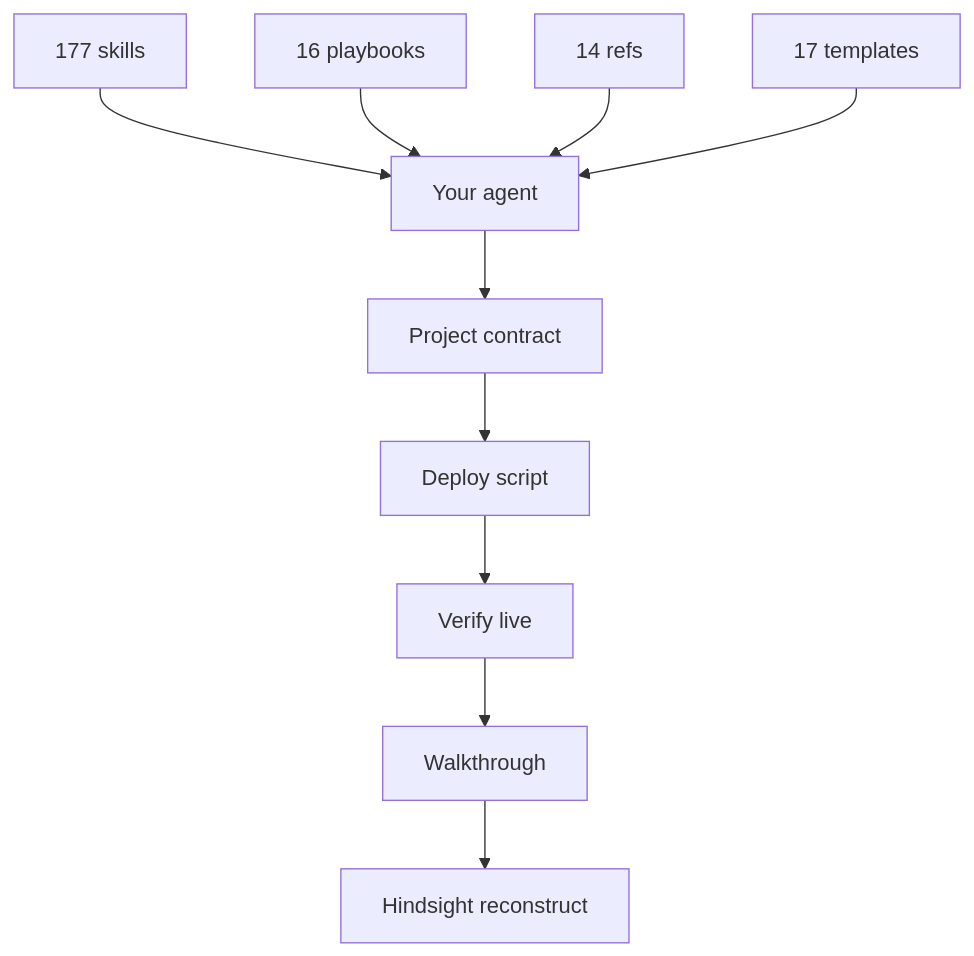
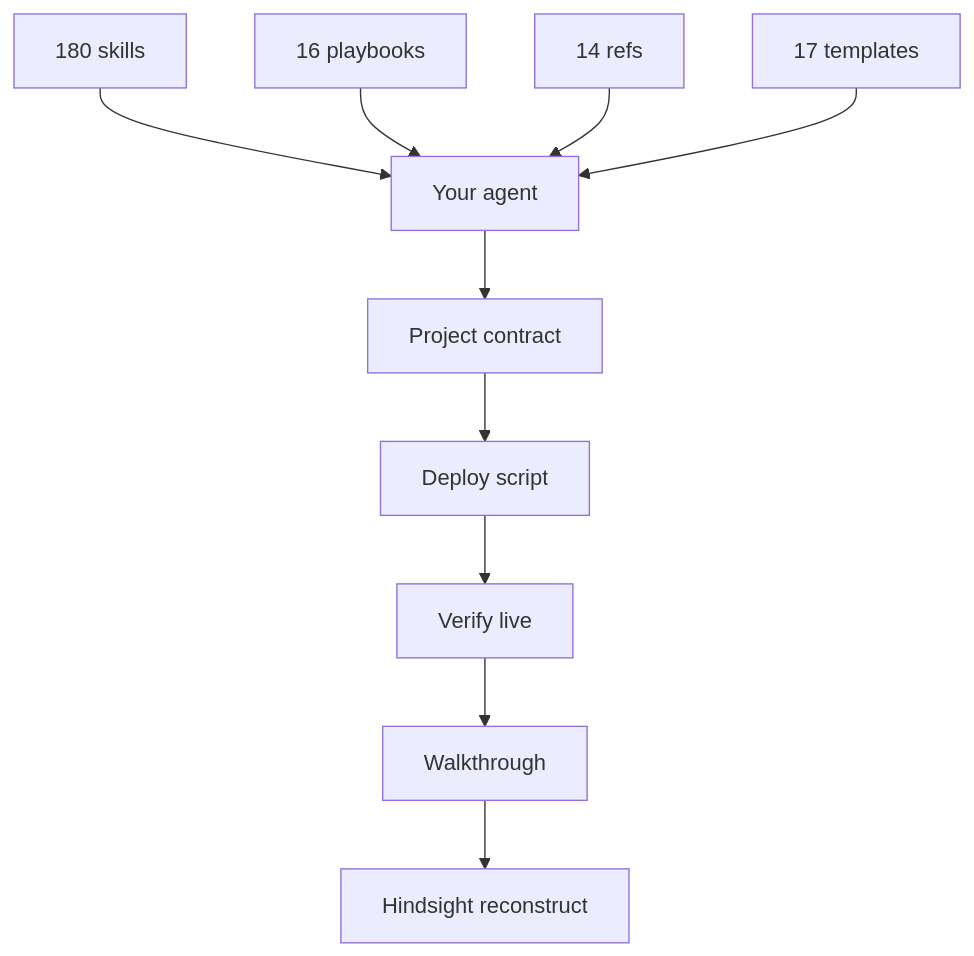
One commit to Nonarkara/dr-non-vibecoding-skills changed the third of 3 diagrams in README.md. Above: the diagram before and after it, drawn with Mermaid. The commit also changed other lines of this file and 45 other files, not shown here.

````diff
--- a/README.md
+++ b/README.md
@@ -459,12 +460,12 @@
 ```mermaid
 flowchart TB
-  S["177 skills"] --> A["Your agent"]
+  S["180 skills"] --> A["Your agent"]
   P["16 playbooks"] --> A
   R["14 refs"] --> A
   T["17 templates"] --> A
   A --> W["Project contract"]
   W --> D["Deploy script"]
   D --> V["Verify live"]
   V --> H["Walkthrough"]
   H --> L["Hindsight reconstruct"]
 ```
````
